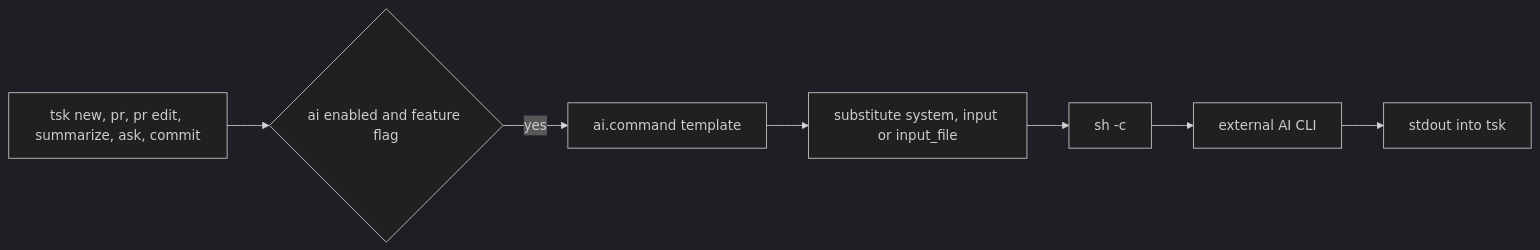
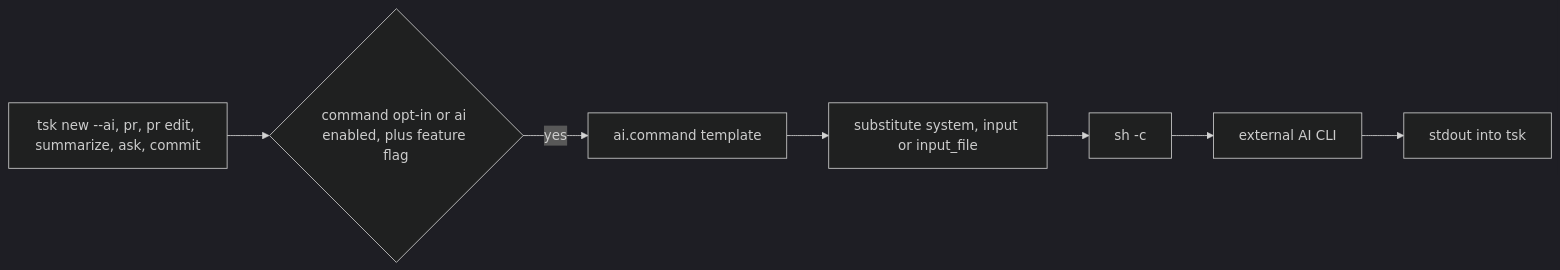
One commit to gubasso/riptask changed the fourth of 5 diagrams in README.md. Above: the diagram before and after it, drawn with Mermaid (dark theme). The commit also changed other lines of this file and 6 other files, not shown here.

````diff
--- a/README.md
+++ b/README.md
@@ -89,9 +89,9 @@
 ```mermaid
 flowchart LR
-    Cmd[tsk new, pr, pr edit, summarize, ask, commit] --> Gate{ai enabled and feature flag}
+    Cmd[tsk new --ai, pr, pr edit, summarize, ask, commit] --> Gate{command opt-in or ai enabled, plus feature flag}
     Gate -->|yes| Tmpl[ai.command template]
     Tmpl --> Subst[substitute system, input or input_file]
     Subst --> Shell[sh -c]
     Shell --> External[external AI CLI]
     External --> Stdout[stdout into tsk]
 ```
````
